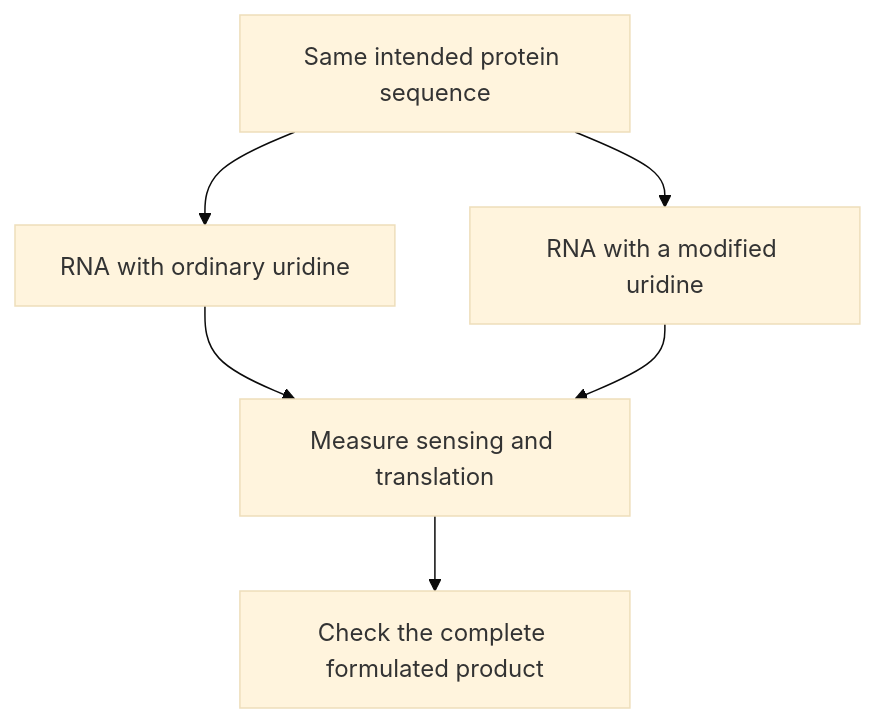
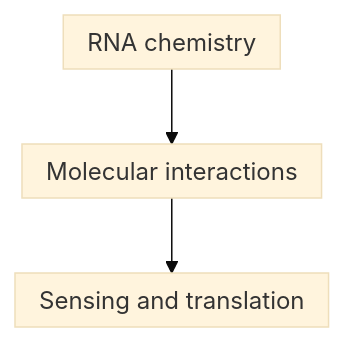
One commit to jasonLaster/oncoguide changed the diagram in wiki/education/concepts/engineering-and-manufacturing/nucleic-acid-design/modified-nucleosides.md. Above: the diagram before and after it, drawn with Mermaid (base theme). The commit also changed other lines of this file and 23 other files, not shown here.

````diff
--- a/wiki/education/concepts/engineering-and-manufacturing/nucleic-acid-design/modified-nucleosides.md
+++ b/wiki/education/concepts/engineering-and-manufacturing/nucleic-acid-design/modified-nucleosides.md
@@ -38,8 +40,6 @@
 ```mermaid
+%%{init: {"htmlLabels":false,"flowchart":{"htmlLabels":false,"padding":8,"nodeSpacing":25}}}%%
 flowchart TD
-  A[Same intended protein sequence] --> B[RNA with ordinary uridine]
-  A --> C[RNA with a modified uridine]
-  B --> D[Measure sensing and translation]
-  C --> D
-  D --> E[Check the complete formulated product]
+  A[RNA chemistry] --> B[Molecular interactions]
+  B --> C[Sensing and translation]
 ```
````
